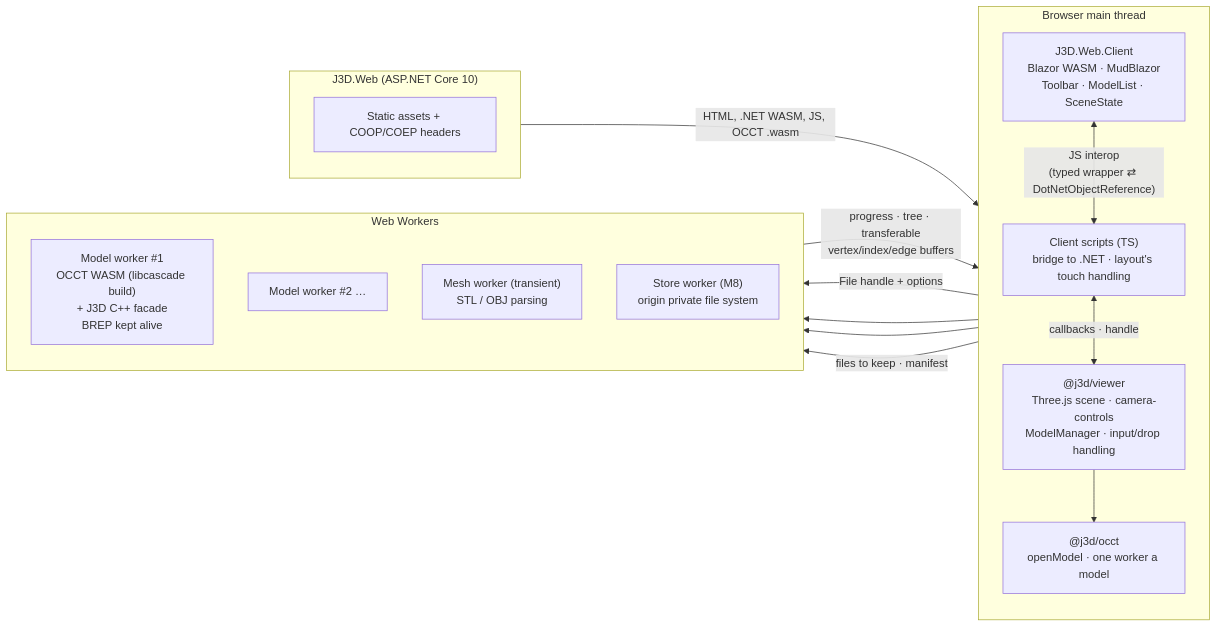
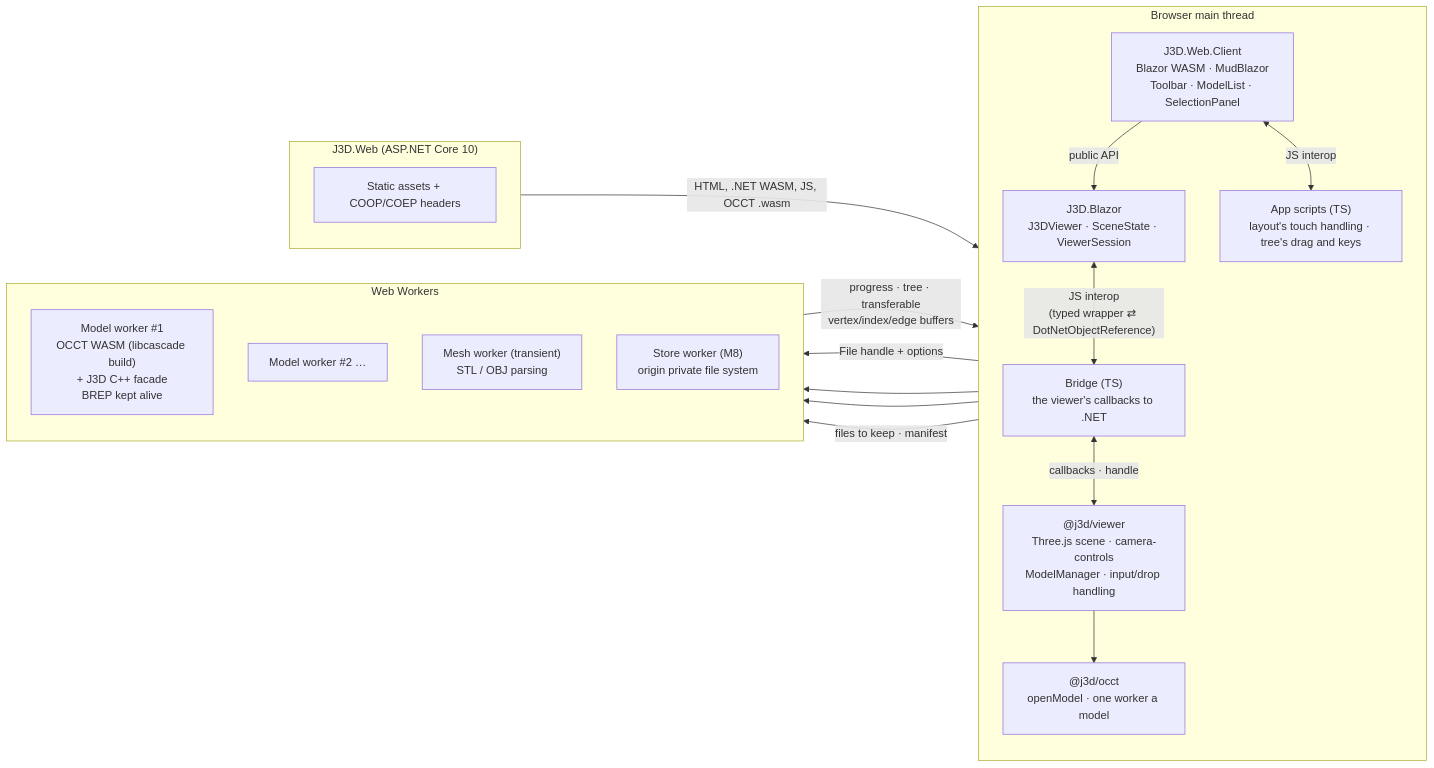
Before and after one commit to JRB-90/j3d: the diagram in docs/plan.md, drawn with Mermaid. The commit also changed other lines of this file and 176 other files, not shown here.

````diff
--- a/docs/plan.md
+++ b/docs/plan.md
@@ -511,32 +519,36 @@
 ```mermaid
 flowchart LR
   subgraph Host["J3D.Web (ASP.NET Core 10)"]
     H1["Static assets + COOP/COEP headers"]
   end
 
   subgraph Page["Browser main thread"]
     direction TB
-    B["J3D.Web.Client<br/>Blazor WASM · MudBlazor<br/>Toolbar · ModelList · SceneState"]
-    C["Client scripts (TS)<br/>bridge to .NET · layout's touch handling"]
+    B["J3D.Web.Client<br/>Blazor WASM · MudBlazor<br/>Toolbar · ModelList · SelectionPanel"]
+    A["App scripts (TS)<br/>layout's touch handling · tree's drag and keys"]
+    L["J3D.Blazor<br/>J3DViewer · SceneState · ViewerSession"]
+    C["Bridge (TS)<br/>the viewer's callbacks to .NET"]
     V["@j3d/viewer<br/>Three.js scene · camera-controls<br/>ModelManager · input/drop handling"]
     K["@j3d/occt<br/>openModel · one worker a model"]
-    B <-- "JS interop<br/>(typed wrapper ⇄ DotNetObjectReference)" --> C
+    B -- "public API" --> L
+    B <-- "JS interop" --> A
+    L <-- "JS interop<br/>(typed wrapper ⇄ DotNetObjectReference)" --> C
     C <-- "callbacks · handle" --> V
     V --> K
   end
 
   subgraph Workers["Web Workers"]
     direction TB
     W1["Model worker #1<br/>OCCT WASM (libcascade build)<br/>+ J3D C++ facade<br/>BREP kept alive"]
     W2["Model worker #2 …"]
     M["Mesh worker (transient)<br/>STL / OBJ parsing"]
     S["Store worker (M8)<br/>origin private file system"]
   end
 
   Host -- "HTML, .NET WASM, JS, OCCT .wasm" --> Page
   V -- "File handle + options" --> W1
   W1 -- "progress · tree · transferable<br/>vertex/index/edge buffers" --> V
   V --> W2
   V --> M
   V -- "files to keep · manifest" --> S
 ```
````
